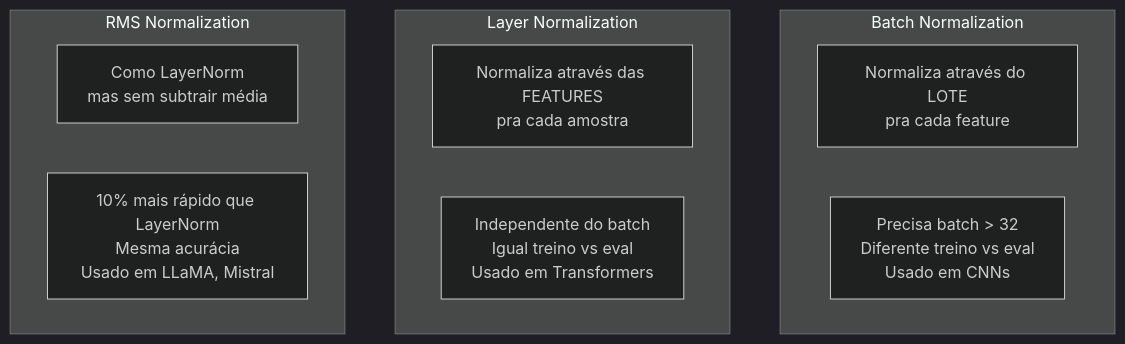
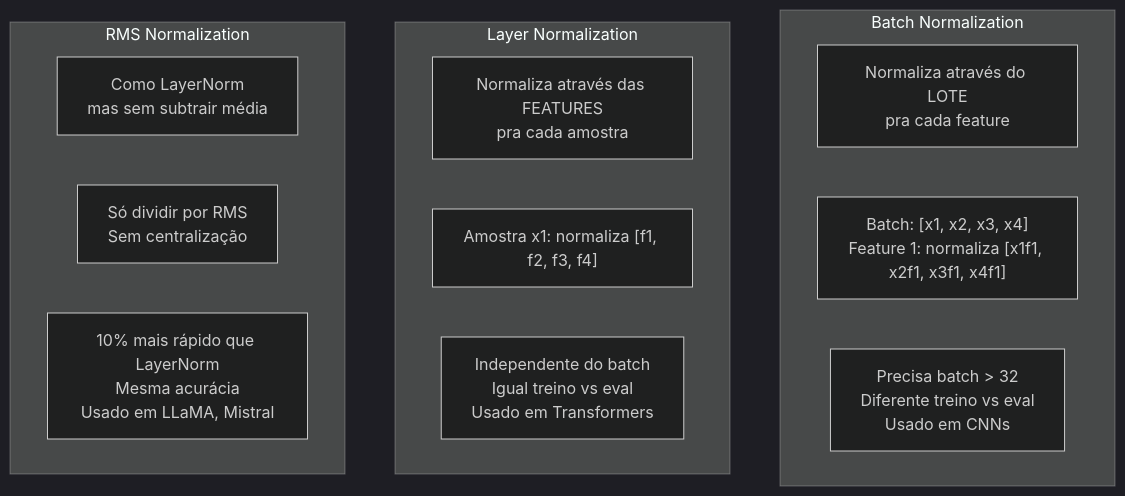
One commit to K3lvin-dev/ai-engineering-from-scratch changed the second of 3 diagrams in phases/03-deep-learning-core/07-regularization/docs/pt-br.md. Above: the diagram before and after it, drawn with Mermaid (dark theme). The commit also changed other lines of this file and 11 other files, not shown here.

````diff
--- a/phases/03-deep-learning-core/07-regularization/docs/pt-br.md
+++ b/phases/03-deep-learning-core/07-regularization/docs/pt-br.md
@@ -95,15 +136,18 @@
 ```mermaid
 graph TD
     subgraph "Batch Normalization"
         BN_D["Normaliza através do LOTE<br/>pra cada feature"]
+        BN_S["Batch: [x1, x2, x3, x4]<br/>Feature 1: normaliza [x1f1, x2f1, x3f1, x4f1]"]
         BN_P["Precisa batch > 32<br/>Diferente treino vs eval<br/>Usado em CNNs"]
     end
     subgraph "Layer Normalization"
         LN_D["Normaliza através das FEATURES<br/>pra cada amostra"]
+        LN_S["Amostra x1: normaliza [f1, f2, f3, f4]"]
         LN_P["Independente do batch<br/>Igual treino vs eval<br/>Usado em Transformers"]
     end
     subgraph "RMS Normalization"
         RN_D["Como LayerNorm<br/>mas sem subtrair média"]
+        RN_S["Só dividir por RMS<br/>Sem centralização"]
         RN_P["10% mais rápido que LayerNorm<br/>Mesma acurácia<br/>Usado em LLaMA, Mistral"]
     end
 ```
````
